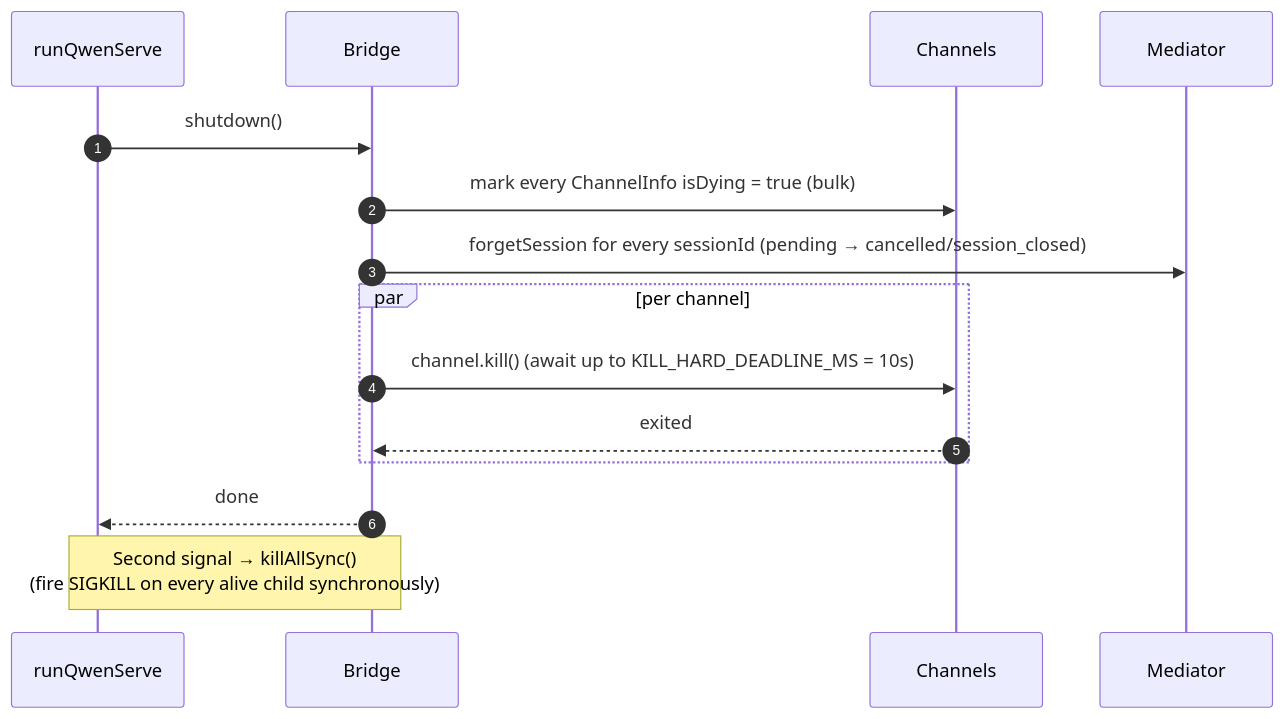
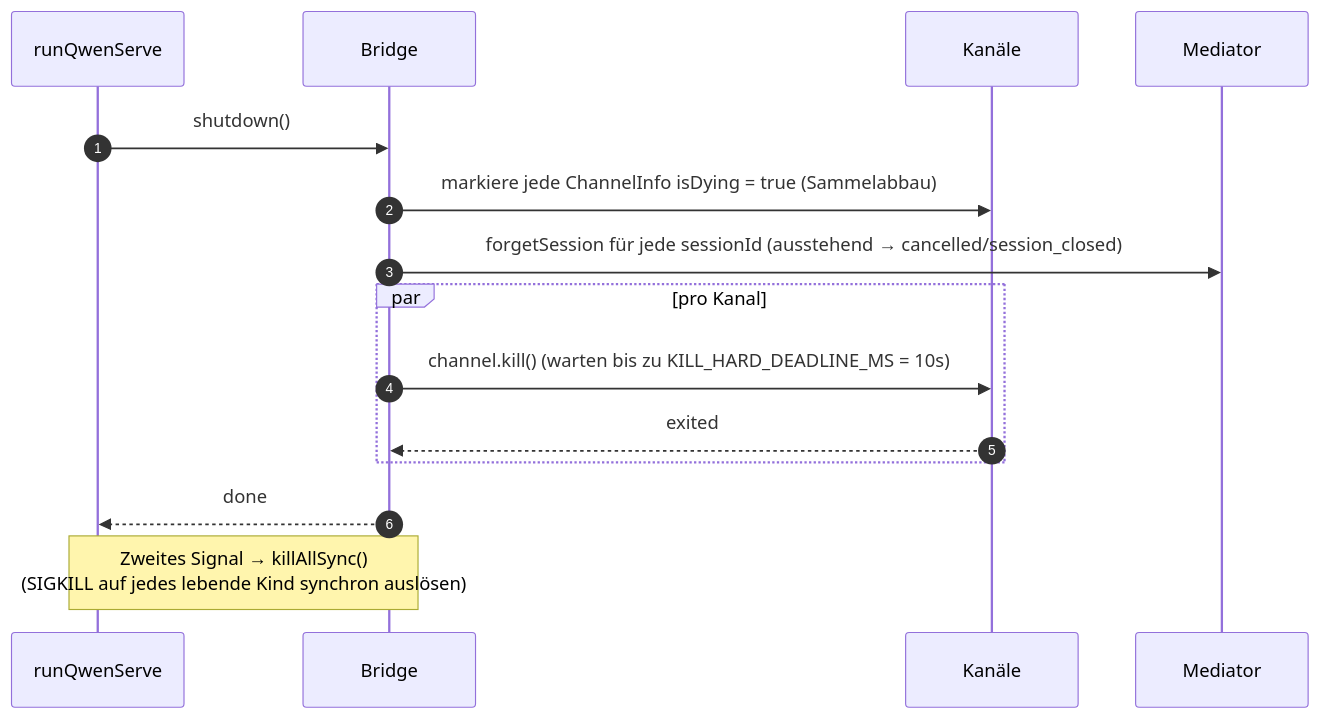
Before and after one commit to QwenLM/qwen-code-docs: the fourth of 4 diagrams in website/content/de/developers/daemon/03-acp-bridge.md, drawn with Mermaid. The commit also changed other lines of this file and 1077 other files, not shown here.

First line of the commit message:
docs(i18n): full re-sync and translate all docs to 6 languages

````diff
--- a/website/content/de/developers/daemon/03-acp-bridge.md
+++ b/website/content/de/developers/daemon/03-acp-bridge.md
@@ -150,18 +152,18 @@
 ```mermaid
 sequenceDiagram
     autonumber
     participant Op as runQwenServe
     participant B as Bridge
-    participant CHs as Channels
+    participant CHs as Kanäle
     participant M as Mediator
 
     Op->>B: shutdown()
-    B->>CHs: mark every ChannelInfo isDying = true (bulk)
-    B->>M: forgetSession for every sessionId (pending → cancelled/session_closed)
-    par per channel
-        B->>CHs: channel.kill() (await up to KILL_HARD_DEADLINE_MS = 10s)
+    B->>CHs: markiere jede ChannelInfo isDying = true (Sammelabbau)
+    B->>M: forgetSession für jede sessionId (ausstehend → cancelled/session_closed)
+    par pro Kanal
+        B->>CHs: channel.kill() (warten bis zu KILL_HARD_DEADLINE_MS = 10s)
         CHs-->>B: exited
     end
     B-->>Op: done
-    Note over Op,B: Second signal → killAllSync()<br/>(fire SIGKILL on every alive child synchronously)
+    Note over Op,B: Zweites Signal → killAllSync()<br/>(SIGKILL auf jedes lebende Kind synchron auslösen)
 ```
````
